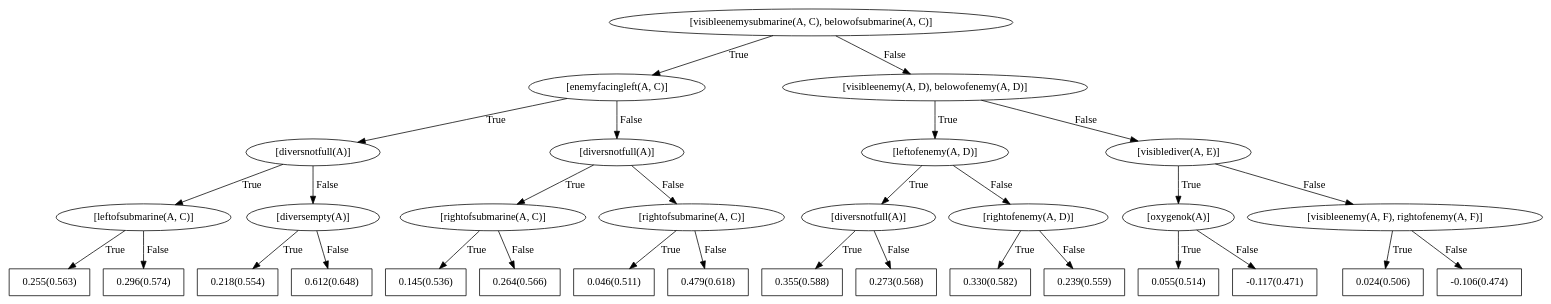
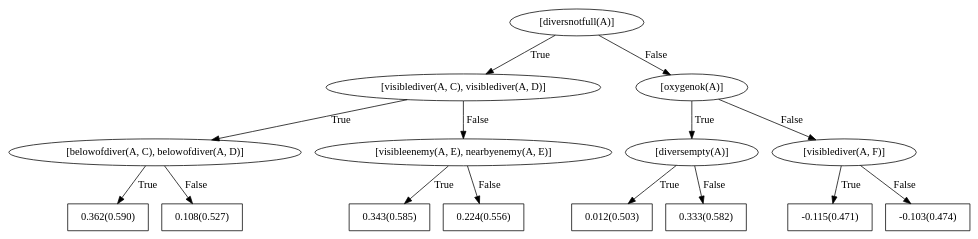
The diagram in rdn_models/seaquest/all/negpos_2_trees_1_depth_2_grounding_penalty_0.1/up/bRDNs/dotFiles/WILLTreeFor_action0.dot (nikhileshp/NeSY-Imitation-Learning), drawn with Graphviz before and after one commit. The commit also changed 424 other files, not shown here.

```diff
--- a/rdn_models/seaquest/all/negpos_2_trees_1_depth_2_grounding_penalty_0.1/up/bRDNs/dotFiles/WILLTreeFor_action0.dot
+++ b/rdn_models/seaquest/all/negpos_2_trees_1_depth_2_grounding_penalty_0.1/up/bRDNs/dotFiles/WILLTreeFor_action0.dot
@@ -1,63 +1,31 @@
 digraph G{ 
-1[label = "[visibleenemysubmarine(A, C), belowofsubmarine(A, C)]"];
+1[label = "[diversnotfull(A)]"];
 1 -> 2[label="True"];
 1 -> 3[label="False"];
-2[label = "[enemyfacingleft(A, C)]"];
+2[label = "[visiblediver(A, C), visiblediver(A, D)]"];
 2 -> 4[label="True"];
 2 -> 5[label="False"];
-4[label = "[diversnotfull(A)]"];
+4[label = "[belowofdiver(A, C), belowofdiver(A, D)]"];
 4 -> 6[label="True"];
 4 -> 7[label="False"];
-6[label = "[leftofsubmarine(A, C)]"];
-6 -> 8[label="True"];
-6 -> 9[label="False"];
-8[shape = box,label = "0.255(0.563)"];
-9[shape = box,label = "0.296(0.574)"];
-7[label = "[diversempty(A)]"];
-7 -> 10[label="True"];
-7 -> 11[label="False"];
-10[shape = box,label = "0.218(0.554)"];
-11[shape = box,label = "0.612(0.648)"];
-5[label = "[diversnotfull(A)]"];
-5 -> 12[label="True"];
-5 -> 13[label="False"];
-12[label = "[rightofsubmarine(A, C)]"];
-12 -> 14[label="True"];
-12 -> 15[label="False"];
-14[shape = box,label = "0.145(0.536)"];
-15[shape = box,label = "0.264(0.566)"];
-13[label = "[rightofsubmarine(A, C)]"];
-13 -> 16[label="True"];
-13 -> 17[label="False"];
-16[shape = box,label = "0.046(0.511)"];
-17[shape = box,label = "0.479(0.618)"];
-3[label = "[visibleenemy(A, D), belowofenemy(A, D)]"];
-3 -> 18[label="True"];
-3 -> 19[label="False"];
-18[label = "[leftofenemy(A, D)]"];
-18 -> 20[label="True"];
-18 -> 21[label="False"];
-20[label = "[diversnotfull(A)]"];
-20 -> 22[label="True"];
-20 -> 23[label="False"];
-22[shape = box,label = "0.355(0.588)"];
-23[shape = box,label = "0.273(0.568)"];
-21[label = "[rightofenemy(A, D)]"];
-21 -> 24[label="True"];
-21 -> 25[label="False"];
-24[shape = box,label = "0.330(0.582)"];
-25[shape = box,label = "0.239(0.559)"];
-19[label = "[visiblediver(A, E)]"];
-19 -> 26[label="True"];
-19 -> 27[label="False"];
-26[label = "[oxygenok(A)]"];
-26 -> 28[label="True"];
-26 -> 29[label="False"];
-28[shape = box,label = "0.055(0.514)"];
-29[shape = box,label = "-0.117(0.471)"];
-27[label = "[visibleenemy(A, F), rightofenemy(A, F)]"];
-27 -> 30[label="True"];
-27 -> 31[label="False"];
-30[shape = box,label = "0.024(0.506)"];
-31[shape = box,label = "-0.106(0.474)"];
+6[shape = box,label = "0.362(0.590)"];
+7[shape = box,label = "0.108(0.527)"];
+5[label = "[visibleenemy(A, E), nearbyenemy(A, E)]"];
+5 -> 8[label="True"];
+5 -> 9[label="False"];
+8[shape = box,label = "0.343(0.585)"];
+9[shape = box,label = "0.224(0.556)"];
+3[label = "[oxygenok(A)]"];
+3 -> 10[label="True"];
+3 -> 11[label="False"];
+10[label = "[diversempty(A)]"];
+10 -> 12[label="True"];
+10 -> 13[label="False"];
+12[shape = box,label = "0.012(0.503)"];
+13[shape = box,label = "0.333(0.582)"];
+11[label = "[visiblediver(A, F)]"];
+11 -> 14[label="True"];
+11 -> 15[label="False"];
+14[shape = box,label = "-0.115(0.471)"];
+15[shape = box,label = "-0.103(0.474)"];
 }
```
